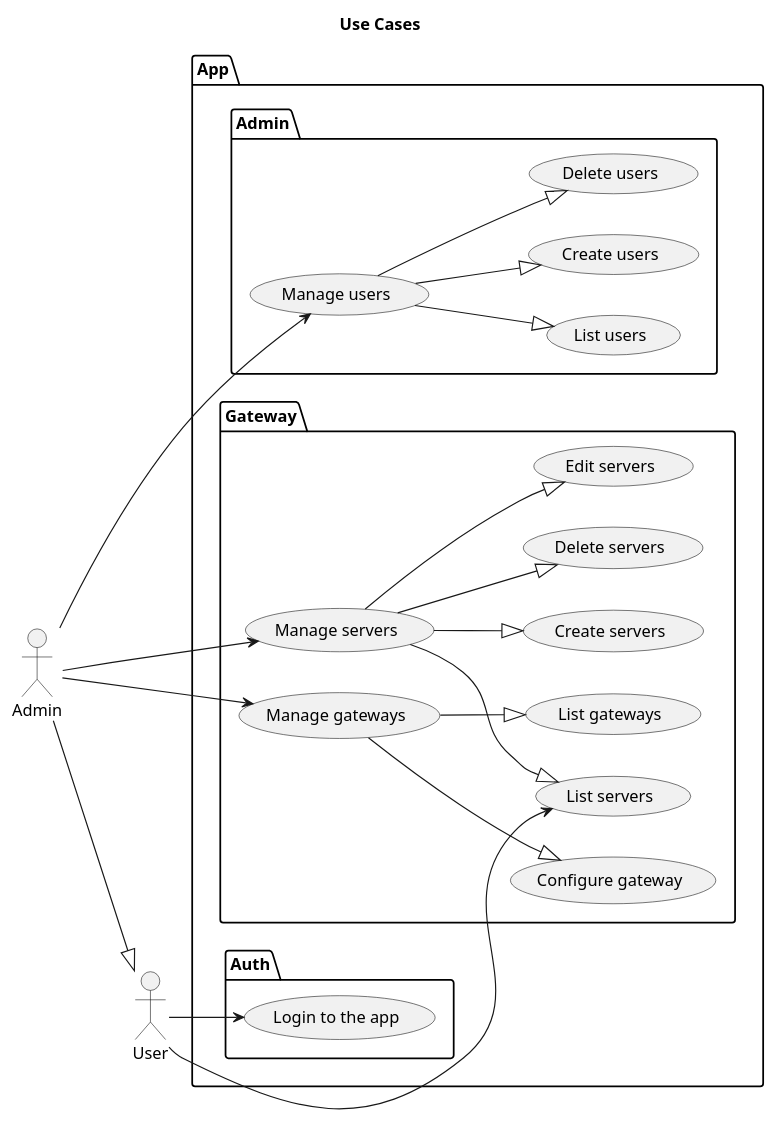
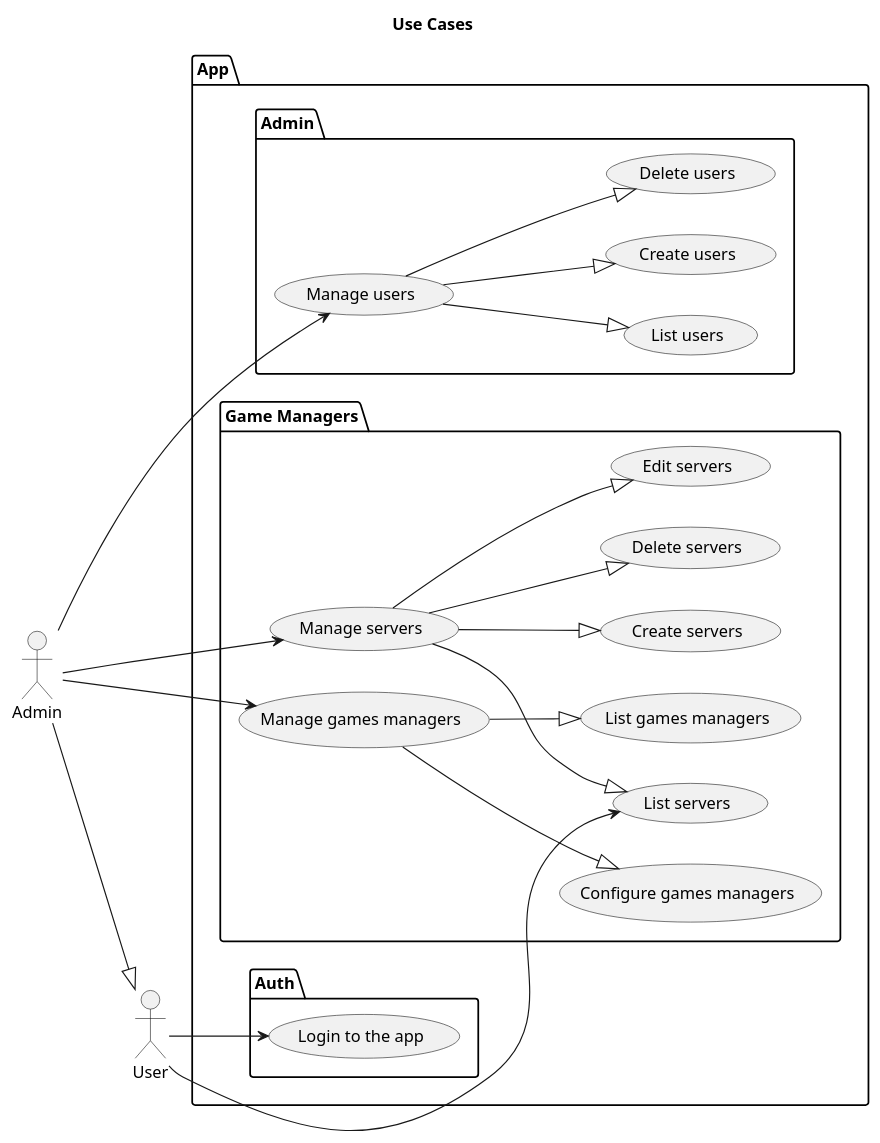
Before and after one commit to Bricklou/kubestro: the diagram in docs/first-thoughs/use-cases.puml, drawn with PlantUML. The commit also changed 14 other files, not shown here.

```diff
--- a/docs/first-thoughs/use-cases.puml
+++ b/docs/first-thoughs/use-cases.puml
@@ -1,54 +1,54 @@
 @startuml
 title Use Cases
 
 left to right direction
 
 actor User as u
 actor Admin as a
 a --|> u
 
 package "App" {
     package "Auth" {
         usecase "Login to the app" as c_u1
         u --> c_u1
     }
 
     package "Admin" {
         ' Users
         usecase "Manage users" as c_u6
         a -> c_u6
         usecase "List users" as c_u7
         usecase "Create users" as c_u8
         usecase "Delete users" as c_u9
         c_u6 --|> c_u7
         c_u6 --|> c_u8
         c_u6 --|> c_u9
 
     }
     
-    package "Gateway" {
+    package "Game Managers" {
         ' Servers
         usecase "Manage servers" as c_u3
         a -> c_u3
         usecase "List servers" as c_u2
         u -> c_u2
         c_u3 --|> c_u2
         usecase "Create servers" as c_u4
         c_u3 --|> c_u4
         usecase "Delete servers" as c_u5
         c_u3 --|> c_u5
         usecase "Edit servers" as c_u13
         c_u3 --|> c_u13
 
-        ' Gateways
-        usecase "Manage gateways" as c_u10
+        ' Game managers
+        usecase "Manage games managers" as c_u10
         a -> c_u10
-        usecase "Configure gateway" as c_u11
+        usecase "Configure games managers" as c_u11
         c_u10 --|> c_u11
-        usecase "List gateways" as c_u12
+        usecase "List games managers" as c_u12
         c_u10 --|> c_u12
 
     }
 }
 
 @enduml
```
